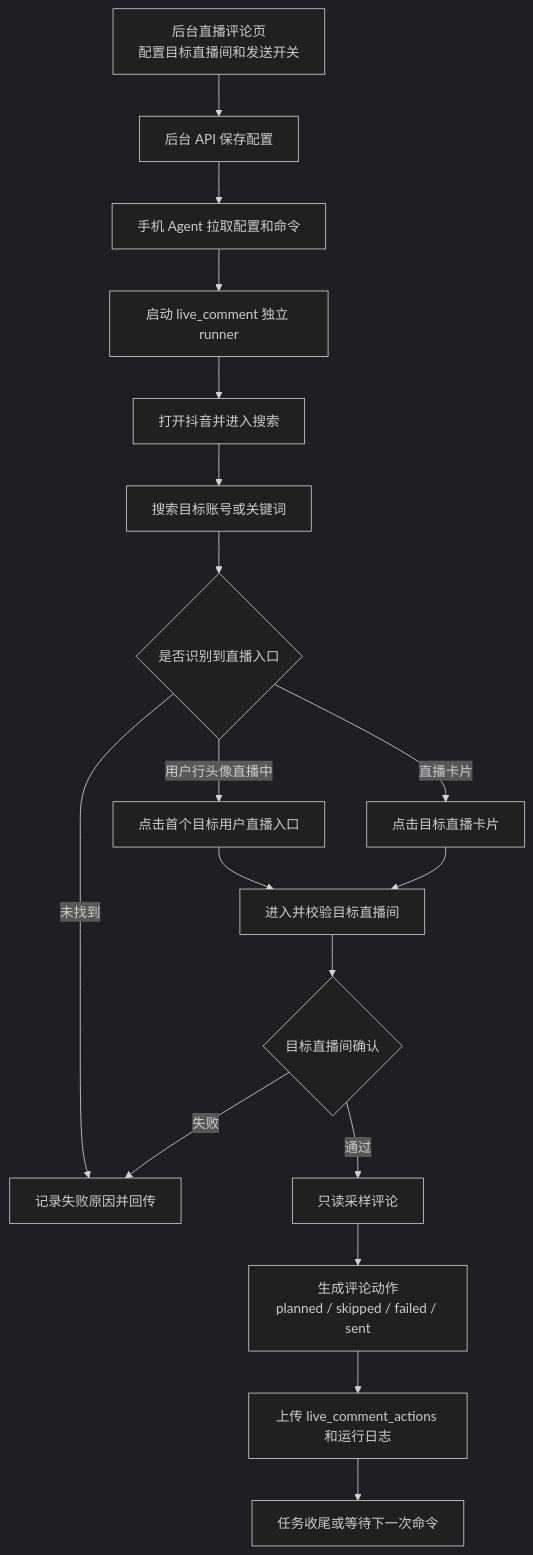
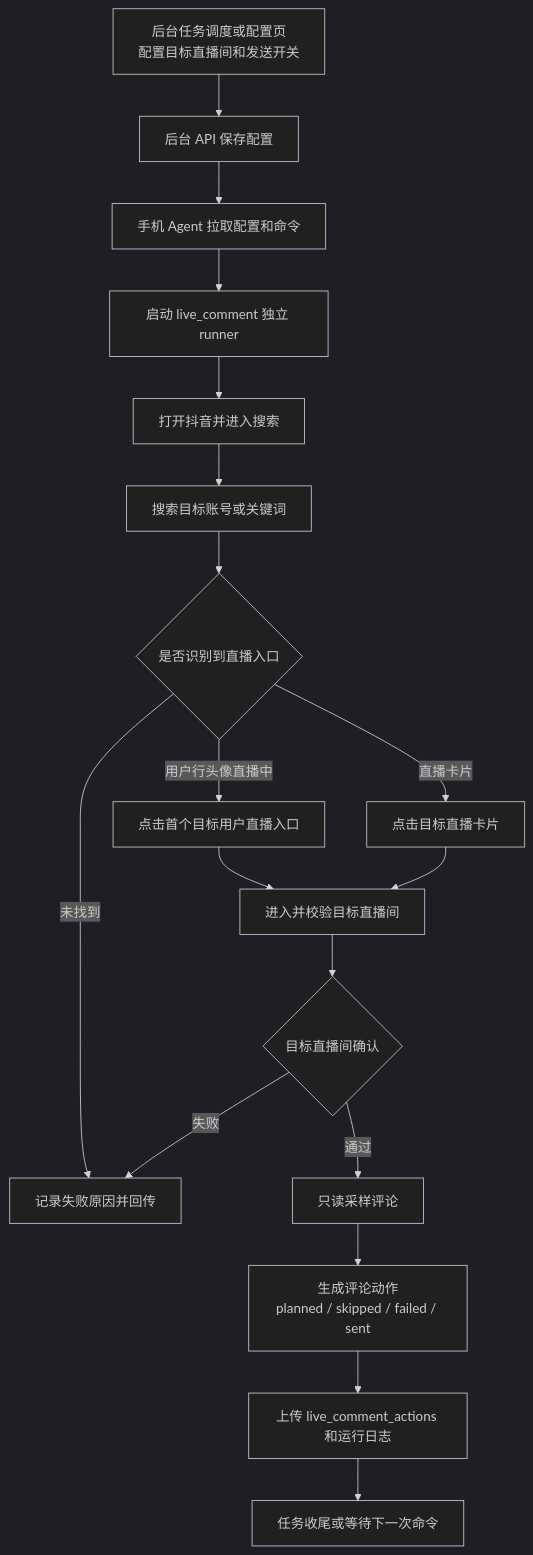
The third of 3 diagrams in docs/项目说明/项目流程图.md (123456789Jhx/Auto-Collection), drawn with Mermaid (dark theme) before and after one commit. The commit also changed other lines of this file and 30 other files, not shown here.

````diff
--- a/docs/项目说明/项目流程图.md
+++ b/docs/项目说明/项目流程图.md
@@ -50,20 +52,20 @@
 ```mermaid
 flowchart TD
-  A[后台直播评论页<br/>配置目标直播间和发送开关] --> B[后台 API 保存配置]
+  A[后台任务调度或配置页<br/>配置目标直播间和发送开关] --> B[后台 API 保存配置]
   B --> C[手机 Agent 拉取配置和命令]
   C --> D[启动 live_comment 独立 runner]
   D --> E[打开抖音并进入搜索]
   E --> F[搜索目标账号或关键词]
   F --> G{是否识别到直播入口}
   G -->|用户行头像直播中| H[点击首个目标用户直播入口]
   G -->|直播卡片| I[点击目标直播卡片]
   G -->|未找到| X[记录失败原因并回传]
   H --> J[进入并校验目标直播间]
   I --> J
   J --> K{目标直播间确认}
   K -->|通过| L[只读采样评论]
   K -->|失败| X
   L --> M[生成评论动作<br/>planned / skipped / failed / sent]
   M --> N[上传 live_comment_actions 和运行日志]
   N --> O[任务收尾或等待下一次命令]
 ```
````
